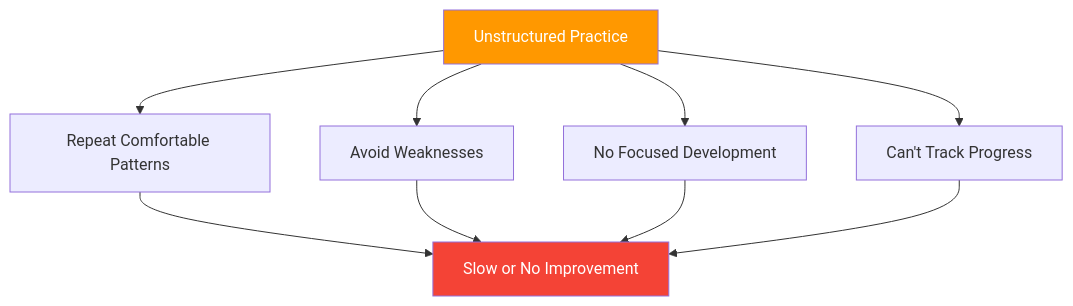
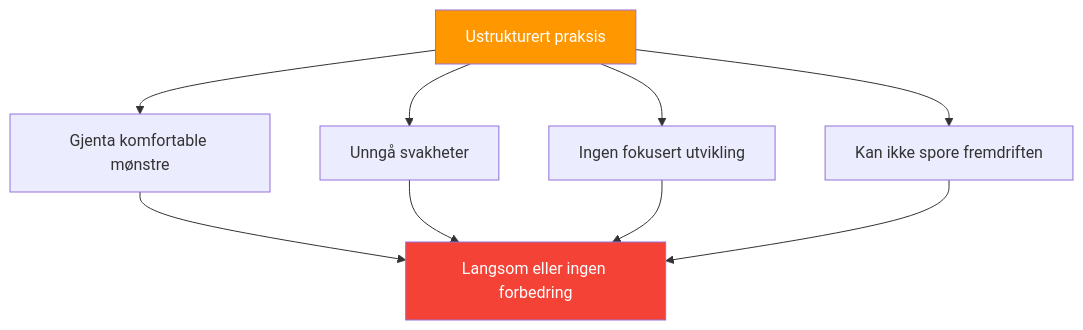
The diagram in docs/no/articles/practice-structure.md (patwii/petanque-academy), drawn with Mermaid before and after one commit. The commit also changed other lines of this file and 550 other files, not shown here.

````diff
--- a/docs/no/articles/practice-structure.md
+++ b/docs/no/articles/practice-structure.md
@@ -20,15 +20,15 @@
 ```mermaid
 flowchart TD
-    A[Unstructured Practice] --> B[Repeat Comfortable Patterns]
-    A --> C[Avoid Weaknesses]
-    A --> D[No Focused Development]
-    A --> E[Can't Track Progress]
+    A[Ustrukturert praksis] --> B[Gjenta komfortable mønstre]
+    A --> C[Unngå svakheter]
+    A --> D[Ingen fokusert utvikling]
+    A --> E[Kan ikke spore fremdriften]
 
-    B --> F[Slow or No Improvement]
+    B --> F[Langsom eller ingen forbedring]
     C --> F
     D --> F
     E --> F
 
     style A fill:#FF9800,color:#fff
     style F fill:#f44336,color:#fff
 ```
````
